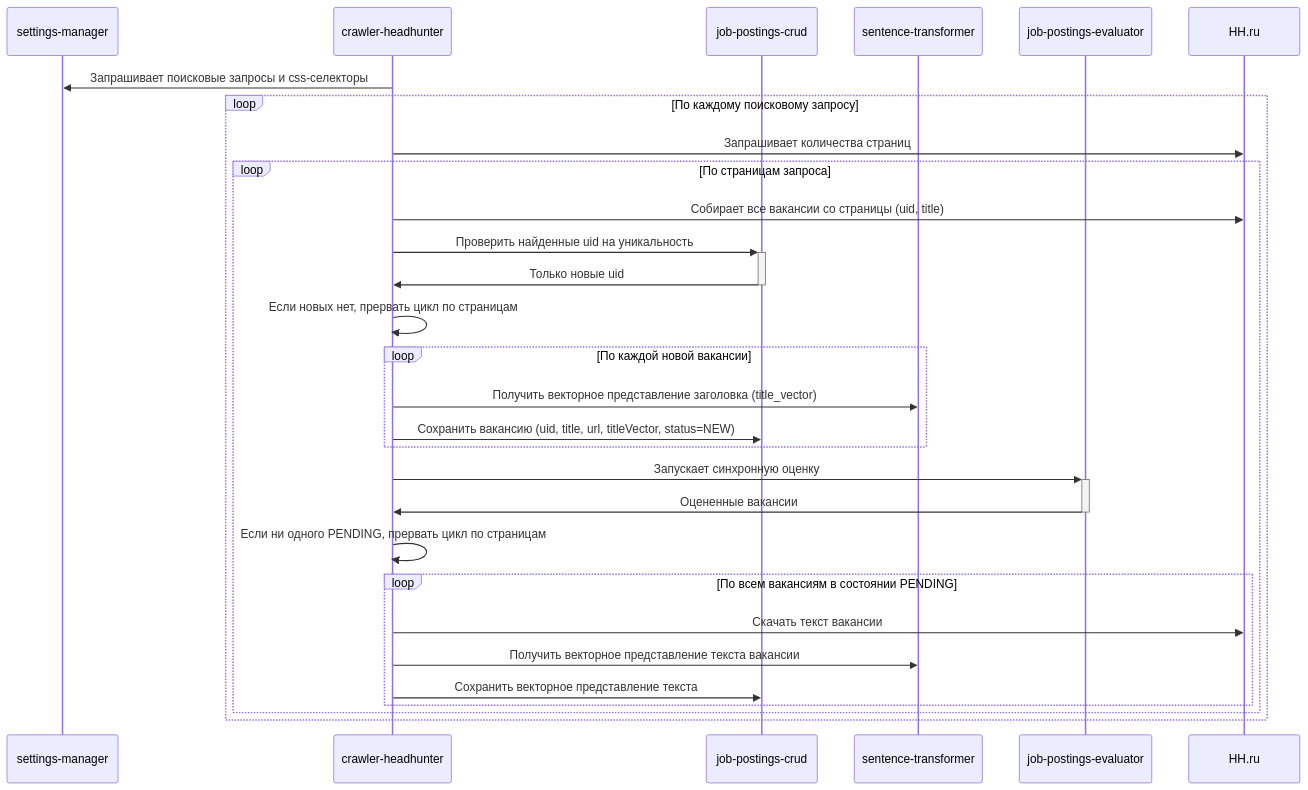
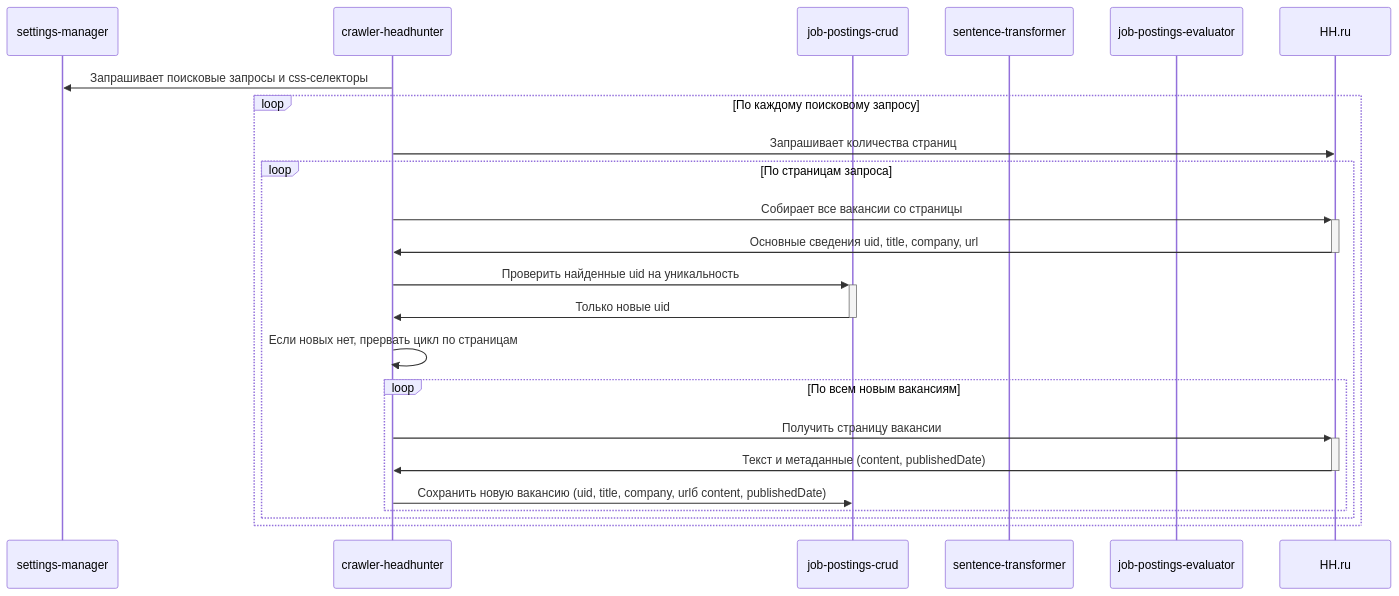
Before and after one commit to joposcragent/specifications: the diagram in services/crawler-headhunter/readme.md, drawn with Mermaid. The commit also changed other lines of this file, not shown here.

````diff
--- a/services/crawler-headhunter/readme.md
+++ b/services/crawler-headhunter/readme.md
@@ -46,39 +22,31 @@
 ```mermaid
 sequenceDiagram
     participant settings as settings-manager
     participant crawler as crawler-headhunter
     participant postings as job-postings-crud
     participant transformer as sentence-transformer
     participant evaluator as job-postings-evaluator
     participant hh as HH.ru
 
     crawler->>settings: Запрашивает поисковые запросы и css-селекторы
 
     loop По каждому поисковому запросу
         crawler->>hh: Запрашивает количества страниц
         
         loop По страницам запроса
-            crawler->>hh: Собирает все вакансии со страницы (uid, title)
+            crawler->>+hh: Собирает все вакансии со страницы
+            hh->>-crawler: Основные сведения uid, title, company, url
             crawler->>+postings: Проверить найденные uid на уникальность
             postings->>-crawler: Только новые uid
 
             crawler->>crawler: Если новых нет, прервать цикл по страницам
 
-            loop По каждой новой вакансии
-                crawler->>transformer: Получить векторное представление заголовка (title_vector)
-                crawler->>postings: Сохранить вакансию (uid, title, url, titleVector, status=NEW)
-            end
-
-            crawler->>+evaluator: Запускает синхронную оценку
-            evaluator->>-crawler: Оцененные вакансии
-
-            crawler->>crawler: Если ни одного PENDING, прервать цикл по страницам
-
-            loop По всем вакансиям в состоянии PENDING
-                crawler->>hh: Скачать текст вакансии
-                crawler->>transformer: Получить векторное представление текста вакансии
-                crawler->>postings: Сохранить векторное представление текста
-            end
+            loop По всем новым вакансиям
+                crawler->>+hh: Получить страницу вакансии
+                hh->>-crawler: Текст и метаданные (content, publishedDate)
+                crawler->>postings: Сохранить новую вакансию (uid, title, company, urlб content, publishedDate)
+            end            
         end
     end
+
 ```
````
